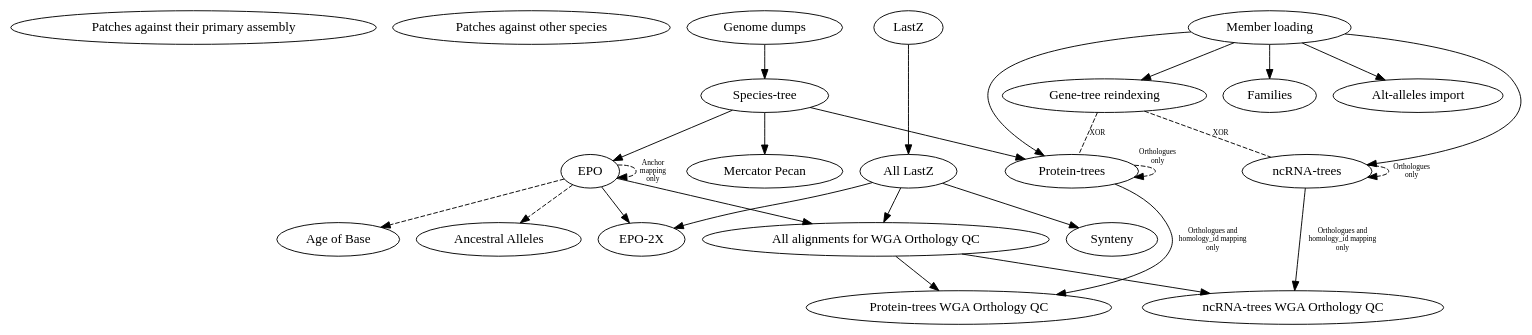
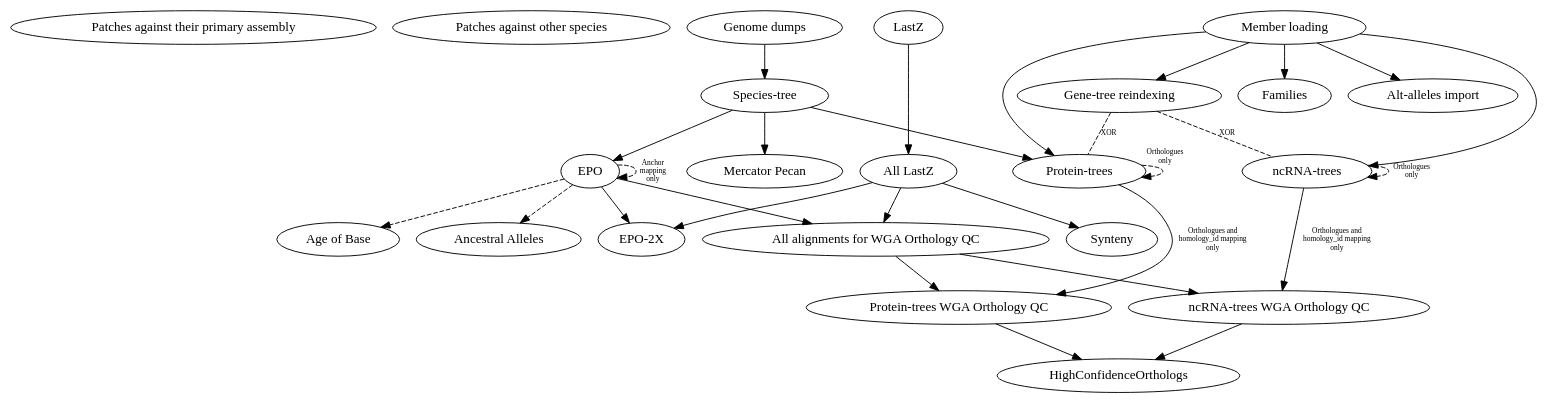
One commit to Ensembl/ensembl-compara changed the diagram in scripts/jira_tickets/compara_merged.dot. Above: the diagram before and after it, drawn with Graphviz.

Commit message:
Add running HighConfidence to the dependency graph.

```diff
--- a/scripts/jira_tickets/compara_merged.dot
+++ b/scripts/jira_tickets/compara_merged.dot
@@ -1,24 +1,25 @@
 digraph {
     "Patches against their primary assembly";
     "Patches against other species";
 
     "Genome dumps" -> "Species-tree";
     "Species-tree" -> { "EPO", "Mercator Pecan", "Protein-trees" };
     {"EPO", "All LastZ"} -> "EPO-2X";
     "Member loading" -> { "Protein-trees", "ncRNA-trees", "Families", "Gene-tree reindexing", "Alt-alleles import" };
     "Protein-trees" -> "Protein-trees WGA Orthology QC" [fontsize="8", label="Orthologues and\nhomology_id mapping\nonly"];
     "ncRNA-trees" -> "ncRNA-trees WGA Orthology QC" [fontsize="8", label="Orthologues and\nhomology_id mapping\nonly"];
     {"All LastZ", "EPO"} -> "All alignments for WGA Orthology QC" -> {"Protein-trees WGA Orthology QC", "ncRNA-trees WGA Orthology QC"};
+    {"Protein-trees WGA Orthology QC", "ncRNA-trees WGA Orthology QC"} -> "HighConfidenceOrthologs";
     "LastZ" -> "All LastZ" -> "Synteny";
 
     "Gene-tree reindexing" -> "ncRNA-trees" [style="dashed", dir=none, fontsize="8", label="XOR", headport="murinae:w", tailport="murinae:s"];
     "Gene-tree reindexing" -> "Protein-trees" [style="dashed", dir=none, fontsize="8", label="XOR", headport="murinae:e", tailport="murinae:s"];
     "EPO" -> "EPO" [style="dashed", fontsize="8", label="Anchor\nmapping\nonly", headport="Primates:e", tailport="Mammals:e"];
     "EPO" -> "Age of Base" [style="dashed", headport="Human:e", tailport="Mammals:w"];
     "EPO" -> "Ancestral Alleles" [style="dashed", headport="Vertebrates:w", tailport="Primates:w"];
     "Protein-trees" -> "Protein-trees" [style="dashed", fontsize="8", xlabel="Orthologues\nonly", headport="Murinae:w", tailport="Default vertebrates:w"];
     "ncRNA-trees" -> "ncRNA-trees" [style="dashed", fontsize="8", label="Orthologues\nonly", headport="Murinae:e", tailport="Default vertebrates:e"];
 
     // Helps laying out the graph
     {rank = same; "Genome dumps"; "LastZ"; "Member loading"; }
 }
```
